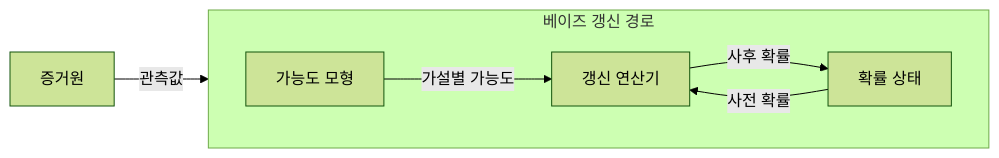
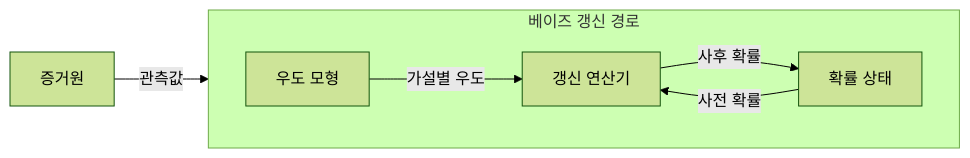
The first of 2 diagrams in src/content/docs/notes/01-basic-theory/031_bayes_theorem.md (agnusdei1207/knowledge-base), drawn with Mermaid (forest theme) before and after one commit. The commit also changed other lines of this file and 2 other files, not shown here.

````diff
--- a/src/content/docs/notes/01-basic-theory/031_bayes_theorem.md
+++ b/src/content/docs/notes/01-basic-theory/031_bayes_theorem.md
@@ -59,10 +59,10 @@
 ```mermaid
 flowchart LR
     subgraph B["베이즈 갱신 경로"]
         direction LR
-        L["가능도 모형"] -->|가설별 가능도| U["갱신 연산기"]
+        L["우도 모형"] -->|가설별 우도| U["갱신 연산기"]
         S["확률 상태"] -->|사전 확률| U
         U -->|사후 확률| S
     end
     O["증거원"] -->|관측값| L
 ```
````
